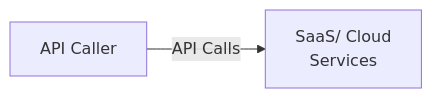
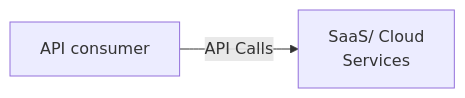
The first of 5 diagrams in otlp-collector/README.md (channelseal/integrations), drawn with Mermaid before and after one commit. The commit also changed other lines of this file, not shown here.

Commit message:
Minor diagram changes for better explanation

````diff
--- a/otlp-collector/README.md
+++ b/otlp-collector/README.md
@@ -13,4 +15,4 @@
 ```mermaid
 graph LR
-    A[API Caller]-->|API Calls|P[SaaS/ Cloud <br> Services]
+    A[API consumer]-->|API Calls|P[SaaS/ Cloud <br> Services]
 ```    
````
